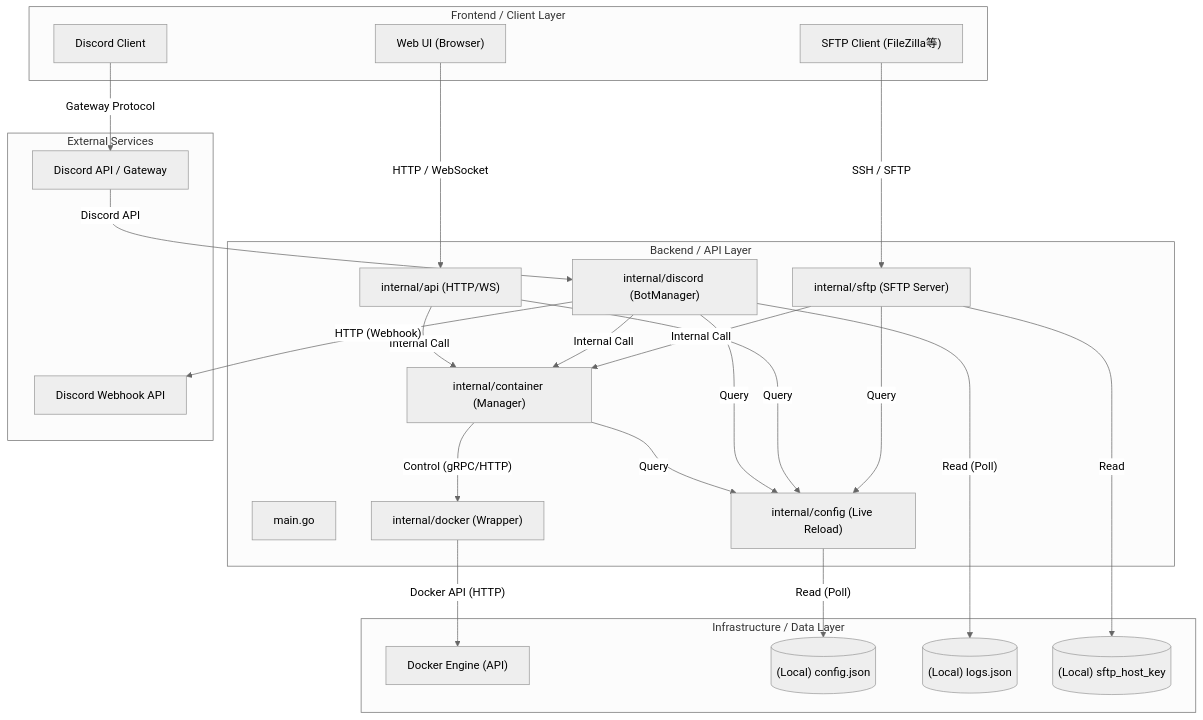
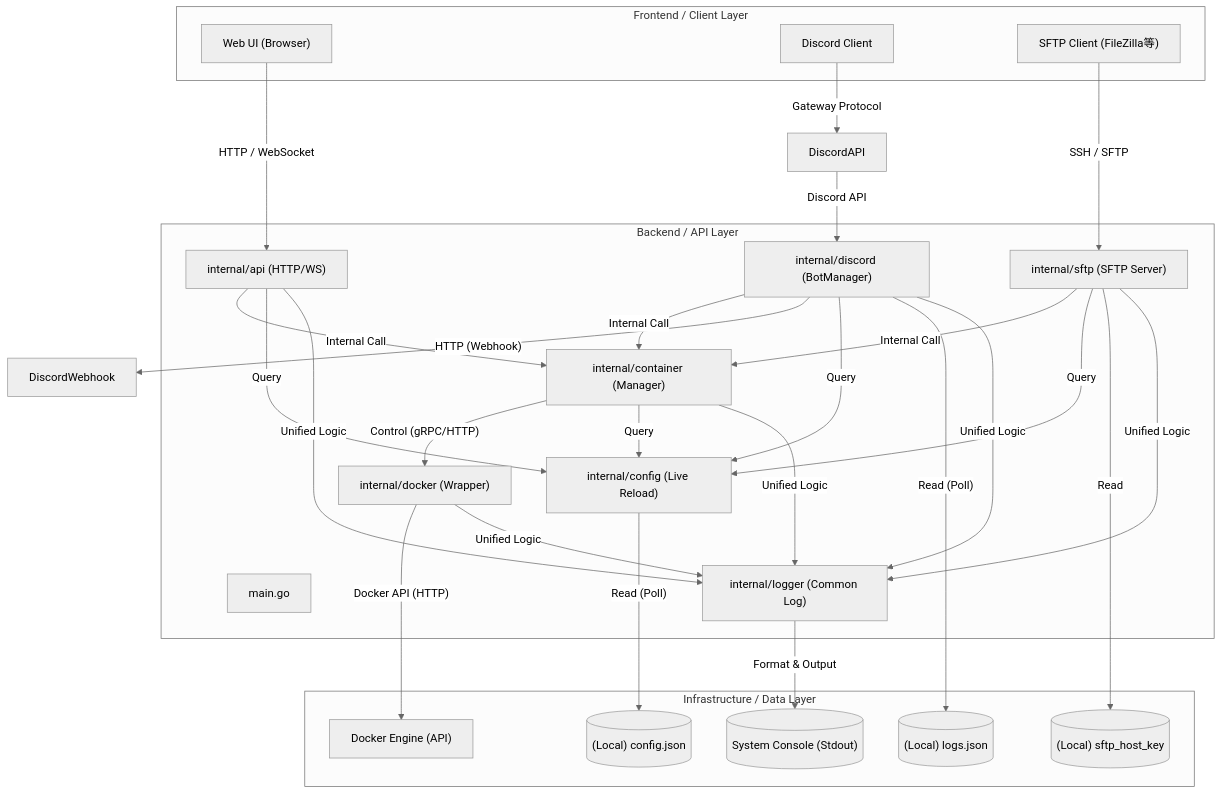
The diagram in system-design.md (aatomu/play-bin), drawn with Mermaid (neutral theme) before and after one commit. The commit also changed other lines of this file and 14 other files, not shown here.

````diff
--- a/system-design.md
+++ b/system-design.md
@@ -35,52 +35,53 @@
 ```mermaid
 graph TD
     subgraph "Frontend / Client Layer"
         WebUI["Web UI (Browser)"]
         DiscordClient["Discord Client"]
         SFTPClient["SFTP Client (FileZilla等)"]
     end
 
     subgraph "Backend / API Layer"
         Main["main.go"]
         API["internal/api (HTTP/WS)"]
         BotManager["internal/discord (BotManager)"]
         SFTPService["internal/sftp (SFTP Server)"]
         ContainerMgr["internal/container (Manager)"]
         ConfigMgr["internal/config (Live Reload)"]
         DockerWrapper["internal/docker (Wrapper)"]
+        Logger["internal/logger (Common Log)"]
     end
 
     subgraph "Infrastructure / Data Layer"
         DockerEngine["Docker Engine (API)"]
         JSONDB[("(Local) config.json")]
         LogSetting[("(Local) logs.json")]
         HostKey[("(Local) sftp_host_key")]
-    end
-
-    subgraph "External Services"
-        DiscordAPI["Discord API / Gateway"]
-        DiscordWebhook["Discord Webhook API"]
+        ConsoleOut[("System Console (Stdout)")]
     end
 
     %% Communications
     WebUI -- "HTTP / WebSocket" --> API
     DiscordClient -- "Gateway Protocol" --> DiscordAPI
     SFTPClient -- "SSH / SFTP" --> SFTPService
     DiscordAPI -- "Discord API" --> BotManager
 
     API -- "Internal Call" --> ContainerMgr
     BotManager -- "Internal Call" --> ContainerMgr
     SFTPService -- "Internal Call" --> ContainerMgr
     BotManager -- "HTTP (Webhook)" --> DiscordWebhook
 
     ContainerMgr -- "Control (gRPC/HTTP)" --> DockerWrapper
     ContainerMgr -- "Query" --> ConfigMgr
     BotManager -- "Query" --> ConfigMgr
     API -- "Query" --> ConfigMgr
     SFTPService -- "Query" --> ConfigMgr
 
     DockerWrapper -- "Docker API (HTTP)" --> DockerEngine
     ConfigMgr -- "Read (Poll)" --> JSONDB
     BotManager -- "Read (Poll)" --> LogSetting
     SFTPService -- "Read" --> HostKey
+
+    %% Logging
+    API & BotManager & SFTPService & ContainerMgr & DockerWrapper -- "Unified Logic" --> Logger
+    Logger -- "Format & Output" --> ConsoleOut
 ```
````
